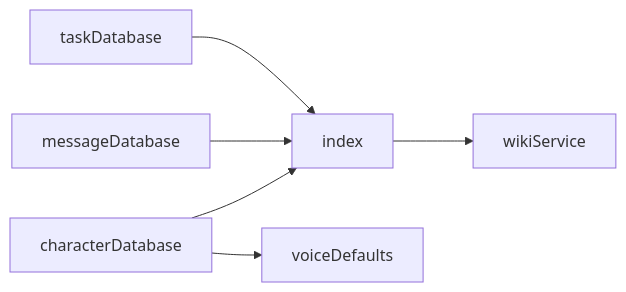
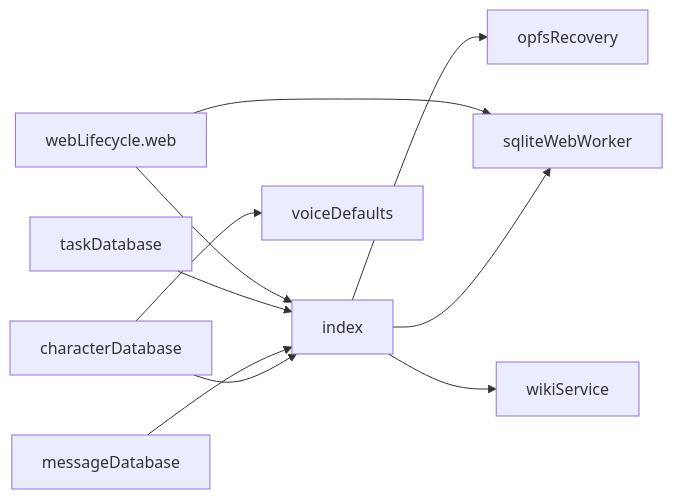
The diagram in docs/flowcharts/DATABASE.md (equationalapplications/clanker), drawn with Mermaid before and after one commit.

Commit message:
docs(charts): regenerate DATABASE flowchart for web sqlite workers

````diff
--- a/docs/flowcharts/DATABASE.md
+++ b/docs/flowcharts/DATABASE.md
@@ -4,8 +4,12 @@
 ```mermaid
 graph LR
   characterDatabase --> index
   characterDatabase --> voiceDefaults
+  index --> sqliteWebWorker
+  index --> opfsRecovery
   index --> wikiService
   messageDatabase --> index
   taskDatabase --> index
+  webLifecycle.web --> index
+  webLifecycle.web --> sqliteWebWorker
 ```
````
